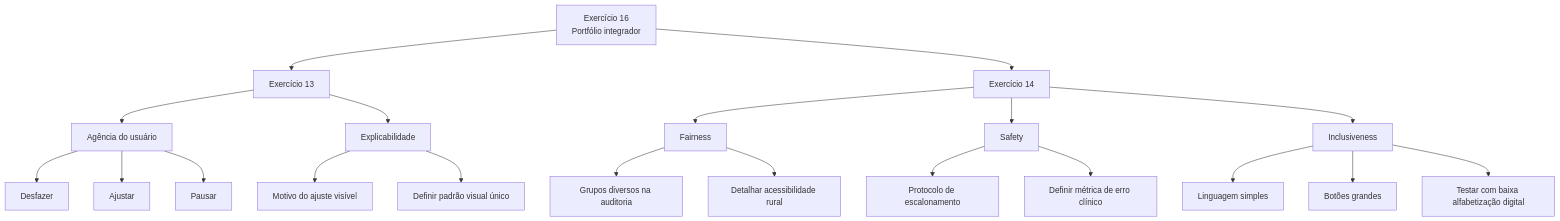
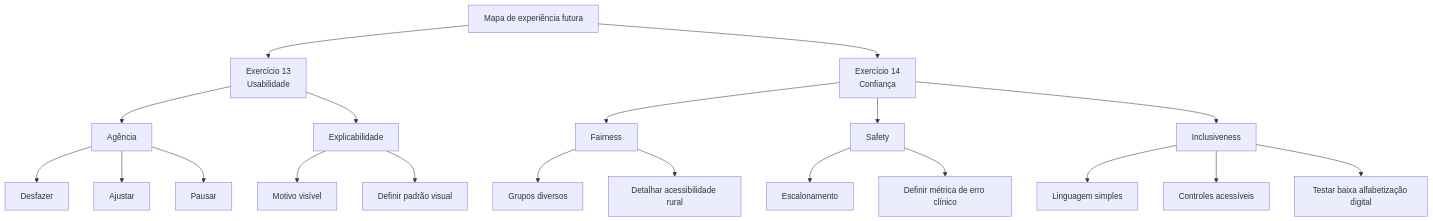
Before and after one commit to sanfergio/at-ux-infnet: the sixth of 17 diagrams in portfolio.md, drawn with Mermaid. The commit also changed other lines of this file, not shown here.

````diff
--- a/portfolio.md
+++ b/portfolio.md
@@ -55,29 +236,29 @@
 ```mermaid
 flowchart TD
-    A["Exercício 16<br/>Portfólio integrador"]
+    A["Mapa de experiência futura"]
 
-    A --> B["Exercício 13"]
-    A --> C["Exercício 14"]
+    A --> B["Exercício 13<br/>Usabilidade"]
+    A --> C["Exercício 14<br/>Confiança"]
 
-    B --> B1["Agência do usuário"]
+    B --> B1["Agência"]
     B1 --> B2["Desfazer"]
     B1 --> B3["Ajustar"]
     B1 --> B4["Pausar"]
 
     B --> B5["Explicabilidade"]
-    B5 --> B6["Motivo do ajuste visível"]
-    B5 --> B7["Definir padrão visual único"]
+    B5 --> B6["Motivo visível"]
+    B5 --> B7["Definir padrão visual"]
 
     C --> C1["Fairness"]
-    C1 --> C2["Grupos diversos na auditoria"]
+    C1 --> C2["Grupos diversos"]
     C1 --> C3["Detalhar acessibilidade rural"]
 
     C --> C4["Safety"]
-    C4 --> C5["Protocolo de escalonamento"]
+    C4 --> C5["Escalonamento"]
     C4 --> C6["Definir métrica de erro clínico"]
 
     C --> C7["Inclusiveness"]
     C7 --> C8["Linguagem simples"]
-    C7 --> C9["Botões grandes"]
-    C7 --> C10["Testar com baixa alfabetização digital"]
+    C7 --> C9["Controles acessíveis"]
+    C7 --> C10["Testar baixa alfabetização digital"]
 ```
````
